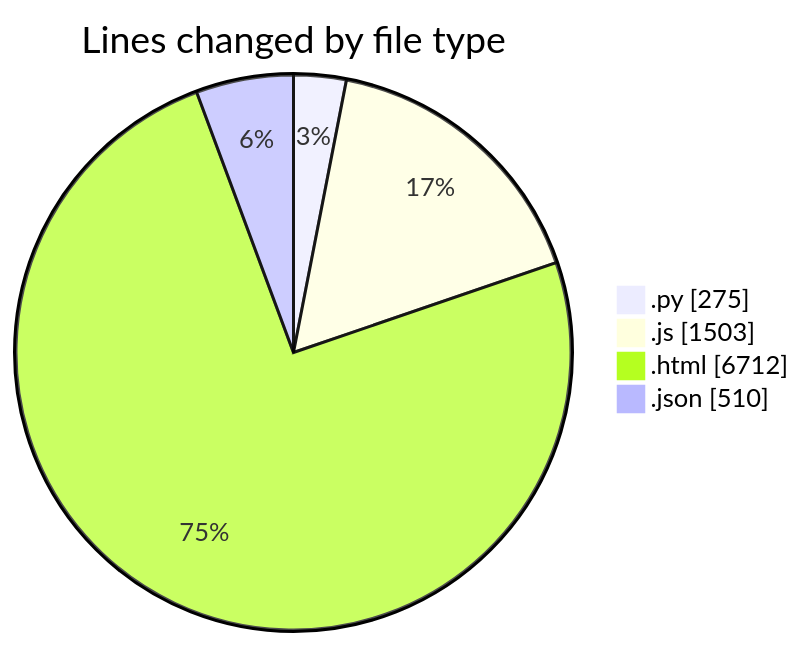
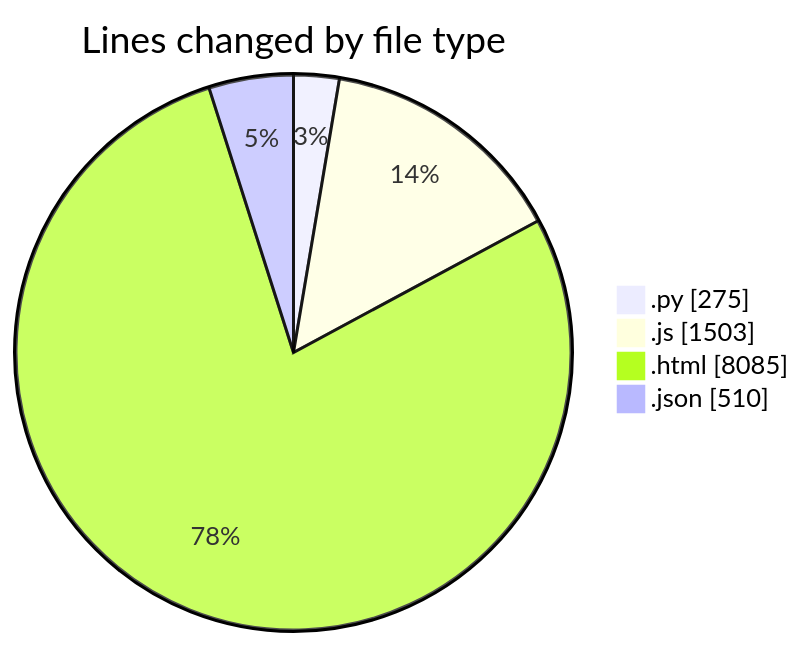
Before and after one commit to shibass792/code-tracking: the first of 2 diagrams in 2026-07-09/twenty_versions_aminor/README.md, drawn with Mermaid. The commit also changed other lines of this file and 1 other file, not shown here.

````diff
--- a/2026-07-09/twenty_versions_aminor/README.md
+++ b/2026-07-09/twenty_versions_aminor/README.md
@@ -36,8 +37,8 @@
 ```mermaid
 pie showData
 title Lines changed by file type
 ".py" : 275
 ".js" : 1503
-".html" : 6712
+".html" : 8085
 ".json" : 510
 ```
````
